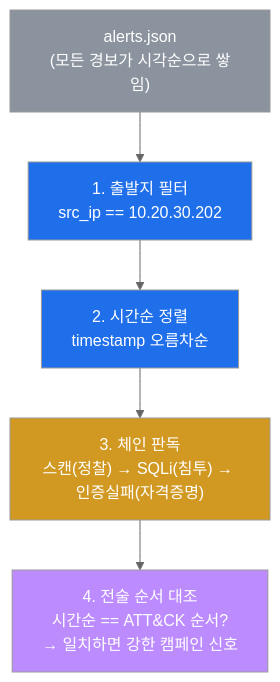
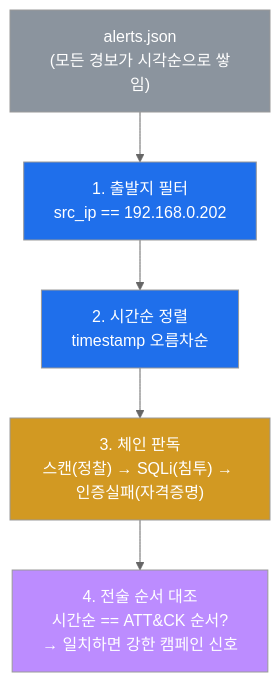
The fourth of 6 diagrams in contents/training/soc/lecture_week06.md (mrgrit/tw2), drawn with Mermaid (neutral theme) before and after one commit. The commit also changed other lines of this file and 304 other files, not shown here.

````diff
--- a/contents/training/soc/lecture_week06.md
+++ b/contents/training/soc/lecture_week06.md
@@ -286,13 +286,13 @@
 ```mermaid
 graph TD
     POOL["alerts.json<br/>(모든 경보가 시각순으로 쌓임)"]
-    POOL --> FILTER["1. 출발지 필터<br/>src_ip == 10.20.30.202"]
+    POOL --> FILTER["1. 출발지 필터<br/>src_ip == 192.168.0.202"]
     FILTER --> SORT["2. 시간순 정렬<br/>timestamp 오름차순"]
     SORT --> CHAIN["3. 체인 판독<br/>스캔(정찰) → SQLi(침투) → 인증실패(자격증명)"]
     CHAIN --> JUDGE["4. 전술 순서 대조<br/>시간순 == ATT&CK 순서?<br/>→ 일치하면 강한 캠페인 신호"]
     style POOL fill:#8b949e,color:#fff
     style FILTER fill:#1f6feb,color:#fff
     style SORT fill:#1f6feb,color:#fff
     style CHAIN fill:#d29922,color:#fff
     style JUDGE fill:#bc8cff,color:#fff
 ```
````
